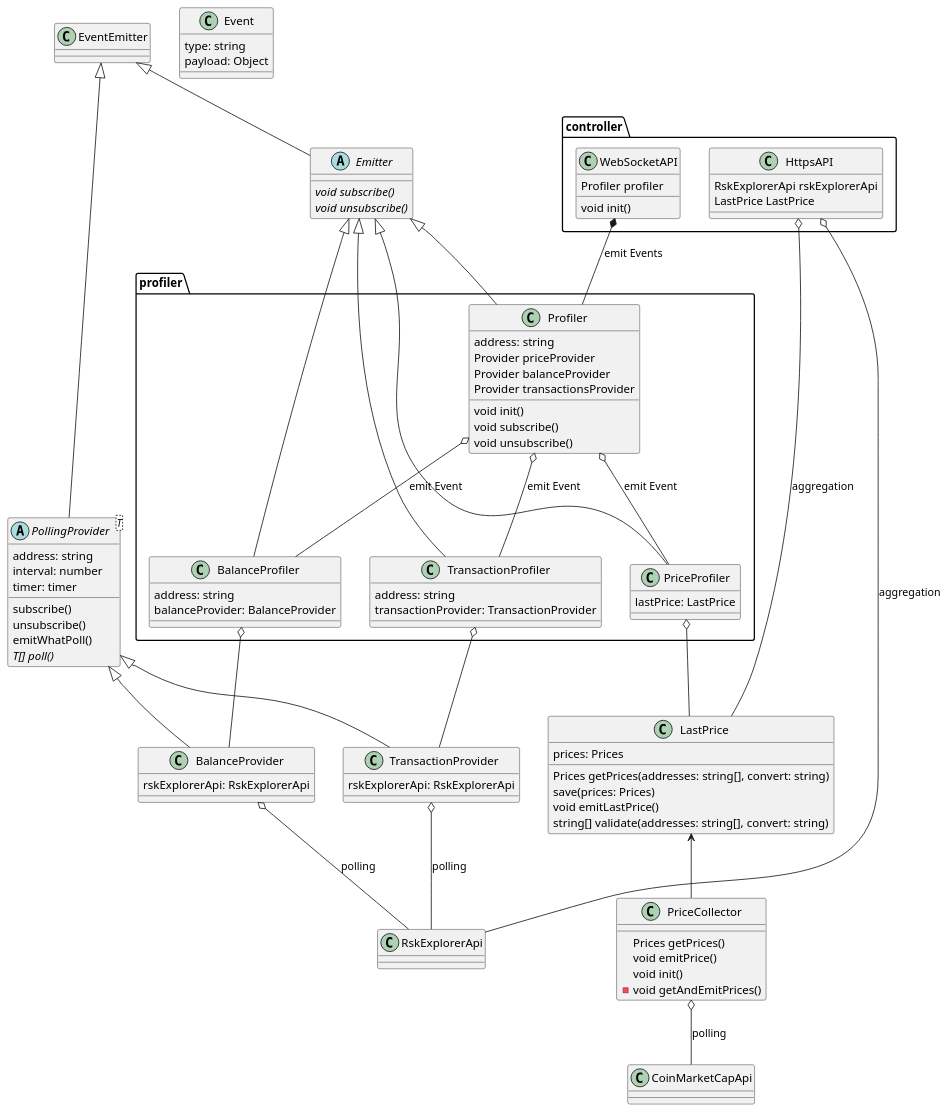
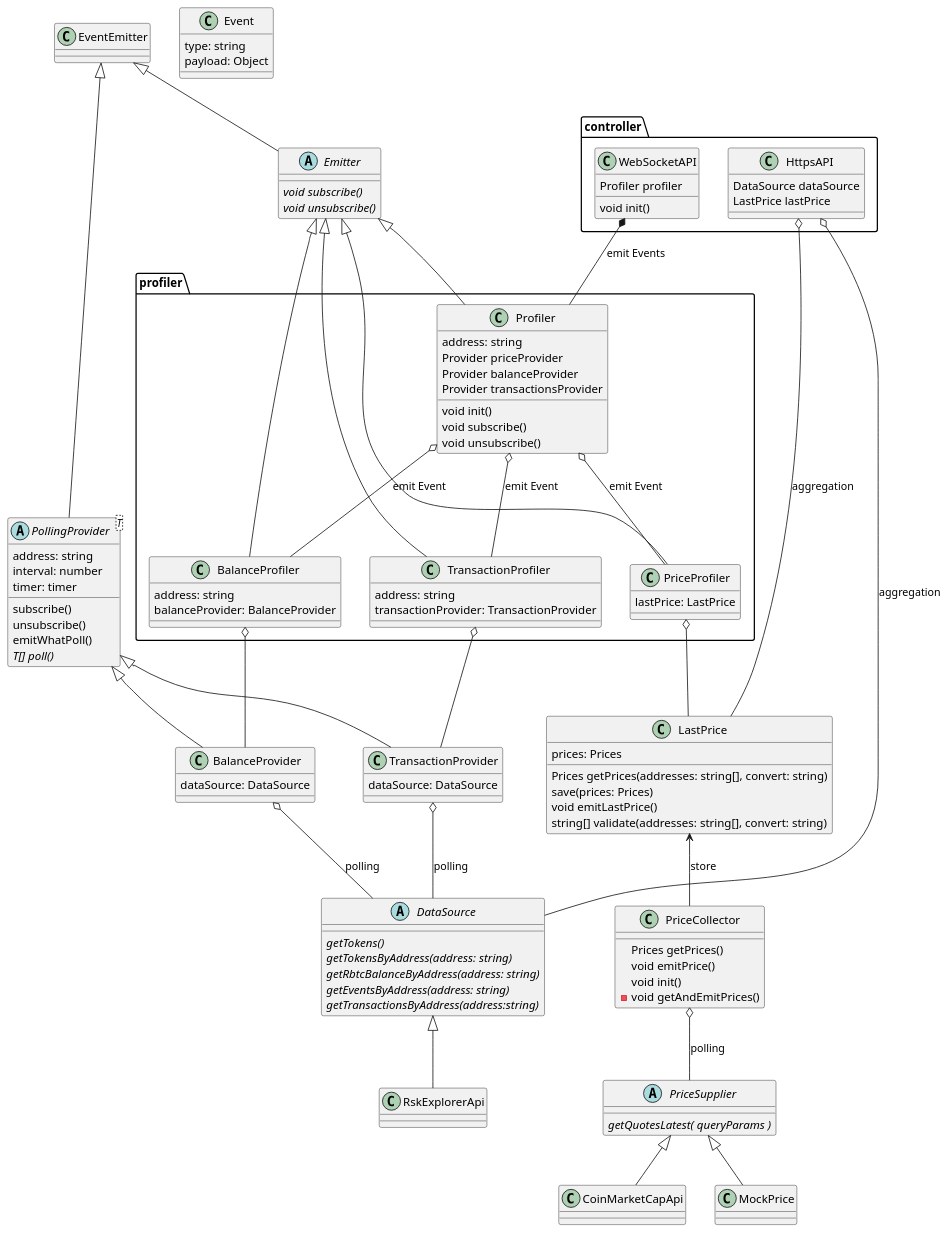
One commit to rsksmart/rif-wallet-services changed the diagram in docs/class_diagram.puml. Above: the diagram before and after it, drawn with PlantUML. The commit also changed 5 other files, not shown here.

```diff
--- a/docs/class_diagram.puml
+++ b/docs/class_diagram.puml
@@ -1,104 +1,120 @@
 @startuml
 class controller.WebSocketAPI {
     Profiler profiler
     void init()
 }
 
 class controller.HttpsAPI {
-  RskExplorerApi rskExplorerApi
-  LastPrice LastPrice
+  DataSource dataSource
+  LastPrice lastPrice
 }
 
 class PriceCollector {
   Prices getPrices()
   void emitPrice()
   void init()
   - void getAndEmitPrices()
 }
 
 class LastPrice {
   prices: Prices
   Prices getPrices(addresses: string[], convert: string)
   save(prices: Prices)
   void emitLastPrice()
   string[] validate(addresses: string[], convert: string)
 }
 
 abstract class PollingProvider<T> extends EventEmitter {
   address: string
   interval: number
   timer: timer
   subscribe()
   unsubscribe()
   emitWhatPoll()
   {abstract} T[] poll()
 }
 
 class profiler.Profiler extends Emitter{
   address: string
   Provider priceProvider
   Provider balanceProvider
   Provider transactionsProvider
   void init()
   void subscribe()
   void unsubscribe()
 }
 
 abstract class Emitter extends EventEmitter {
   {abstract} void subscribe()
   {abstract} void unsubscribe()
 }
 
 class Event {
   type: string
   payload: Object
 }
 
 class BalanceProvider extends PollingProvider {
-  rskExplorerApi: RskExplorerApi
+  dataSource: DataSource
 }
 
 class profiler.BalanceProfiler extends Emitter {
   address: string
   balanceProvider: BalanceProvider
 }
 
 class TransactionProvider extends PollingProvider {
-  rskExplorerApi: RskExplorerApi
+  dataSource: DataSource
 }
 
 class profiler.TransactionProfiler extends Emitter {
   address: string
   transactionProvider: TransactionProvider
 }
 
 class profiler.PriceProfiler extends Emitter {
   lastPrice: LastPrice
 }
 
-class RskExplorerApi {
+class RskExplorerApi extends DataSource {
 
 }
 
-class CoinMarketCapApi {
+class CoinMarketCapApi extends PriceSupplier{
+
+}
+
+class MockPrice extends PriceSupplier {
 
 }
 
 class EventEmitter {
 
+}
+
+abstract class PriceSupplier {
+  {abstract} getQuotesLatest( queryParams )
+}
+
+abstract class DataSource {
+  {abstract} getTokens()
+  {abstract} getTokensByAddress(address: string)
+  {abstract} getRbtcBalanceByAddress(address: string)
+  {abstract} getEventsByAddress(address: string)
+  {abstract} getTransactionsByAddress(address:string)
 }
 
 profiler.Profiler o-- profiler.PriceProfiler : emit Event
 profiler.Profiler o-- profiler.BalanceProfiler : emit Event
 profiler.Profiler o-- profiler.TransactionProfiler : emit Event
 profiler.BalanceProfiler o-- BalanceProvider
 profiler.TransactionProfiler o-- TransactionProvider
 profiler.PriceProfiler o-- LastPrice
-BalanceProvider o-- RskExplorerApi : polling
-TransactionProvider o-- RskExplorerApi : polling
+BalanceProvider o-- DataSource : polling
+TransactionProvider o-- DataSource : polling
 controller.WebSocketAPI *-- profiler.Profiler : emit Events
-controller.HttpsAPI o-- RskExplorerApi : aggregation
+controller.HttpsAPI o-- DataSource : aggregation
 controller.HttpsAPI o-- LastPrice : aggregation
-PriceCollector o-- CoinMarketCapApi : polling
-LastPrice <-- PriceCollector
+PriceCollector o-- PriceSupplier : polling
+LastPrice <-- PriceCollector : store
 @enduml 
```
